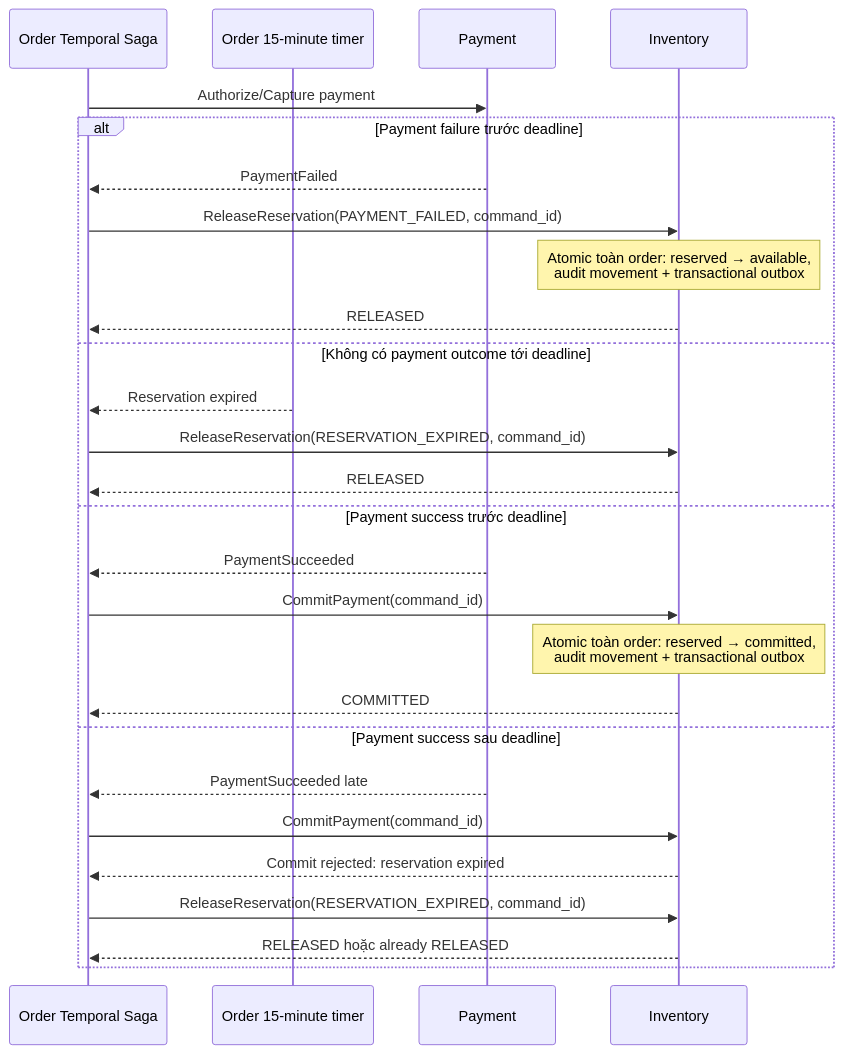
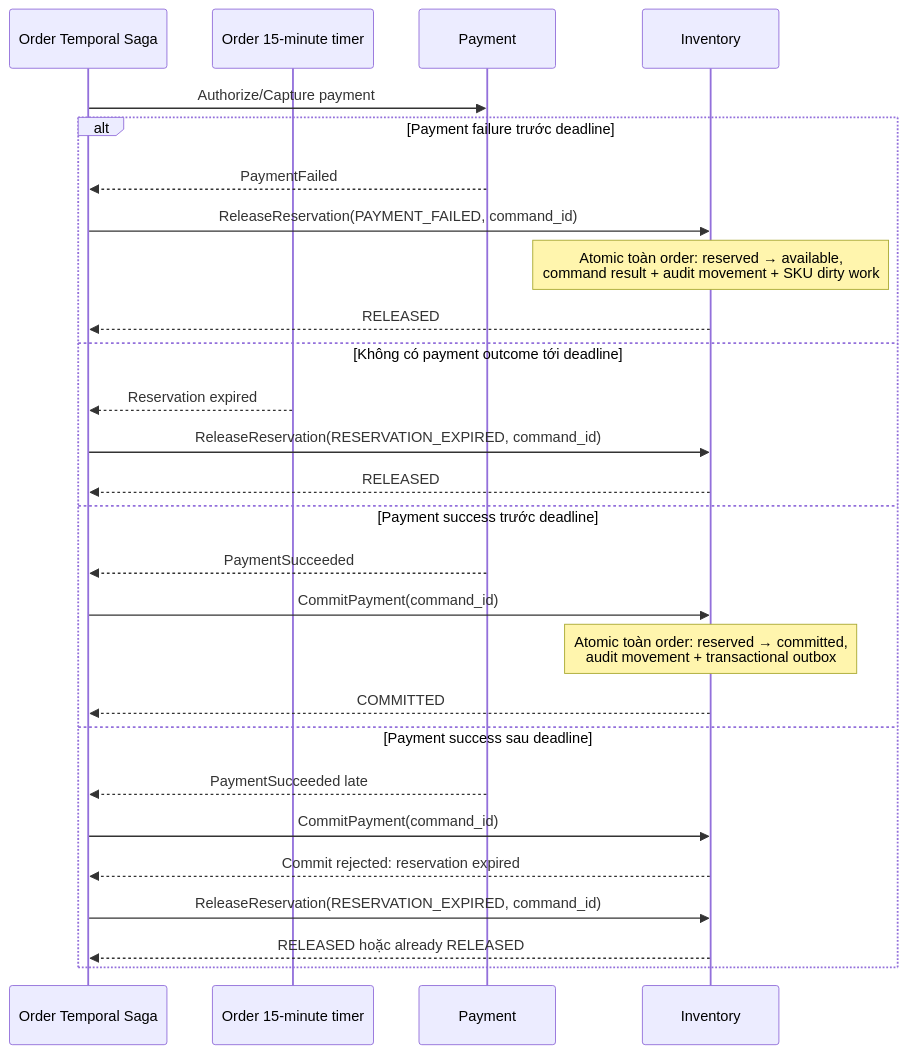
The third of 6 diagrams in docs/inventory/brainstorm/lifecycle-workflows.md (quangdung2110/e-commerce-microservices), drawn with Mermaid before and after one commit. The commit also changed other lines of this file and 42 other files, not shown here.

Commit message:
docs(inventory): replace reservation events with durable command receipts

````diff
--- a/docs/inventory/brainstorm/lifecycle-workflows.md
+++ b/docs/inventory/brainstorm/lifecycle-workflows.md
@@ -170,31 +177,31 @@
 ```mermaid
 sequenceDiagram
     participant Order as Order Temporal Saga
     participant Timer as Order 15-minute timer
     participant Payment
     participant Inventory
 
     Order->>Payment: Authorize/Capture payment
 
     alt Payment failure trước deadline
         Payment-->>Order: PaymentFailed
         Order->>Inventory: ReleaseReservation(PAYMENT_FAILED, command_id)
-        Note over Inventory: Atomic toàn order: reserved → available,<br/>audit movement + transactional outbox
+        Note over Inventory: Atomic toàn order: reserved → available,<br/>command result + audit movement + SKU dirty work
         Inventory-->>Order: RELEASED
     else Không có payment outcome tới deadline
         Timer-->>Order: Reservation expired
         Order->>Inventory: ReleaseReservation(RESERVATION_EXPIRED, command_id)
         Inventory-->>Order: RELEASED
     else Payment success trước deadline
         Payment-->>Order: PaymentSucceeded
         Order->>Inventory: CommitPayment(command_id)
         Note over Inventory: Atomic toàn order: reserved → committed,<br/>audit movement + transactional outbox
         Inventory-->>Order: COMMITTED
     else Payment success sau deadline
         Payment-->>Order: PaymentSucceeded late
         Order->>Inventory: CommitPayment(command_id)
         Inventory-->>Order: Commit rejected: reservation expired
         Order->>Inventory: ReleaseReservation(RESERVATION_EXPIRED, command_id)
         Inventory-->>Order: RELEASED hoặc already RELEASED
     end
 ```
````
